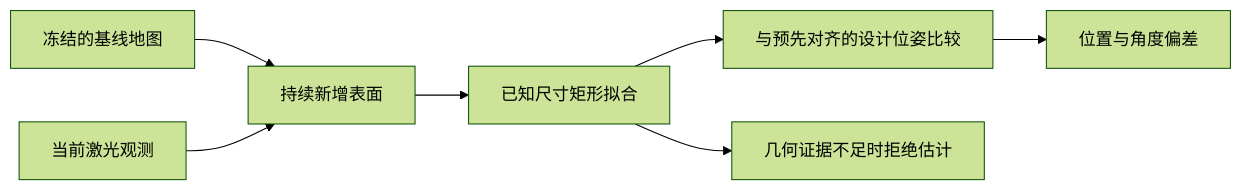
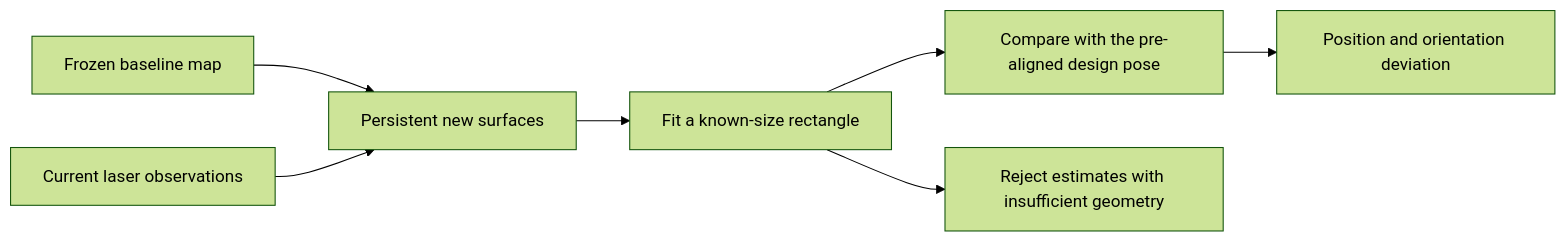
Before and after one commit to Joel-tao/SLAM: the diagram in README.md, drawn with Mermaid (forest theme). The commit also changed other lines of this file, not shown here.

````diff
--- a/README.md
+++ b/README.md
@@ -49,9 +53,9 @@
 ```mermaid
 flowchart LR
-    A["冻结的基线地图"] --> C["持续新增表面"]
-    B["当前激光观测"] --> C
-    C --> D["已知尺寸矩形拟合"]
-    D --> E["与预先对齐的设计位姿比较"]
-    E --> F["位置与角度偏差"]
-    D --> G["几何证据不足时拒绝估计"]
+    A["Frozen baseline map"] --> C["Persistent new surfaces"]
+    B["Current laser observations"] --> C
+    C --> D["Fit a known-size rectangle"]
+    D --> E["Compare with the pre-aligned design pose"]
+    E --> F["Position and orientation deviation"]
+    D --> G["Reject estimates with insufficient geometry"]
 ```
````
